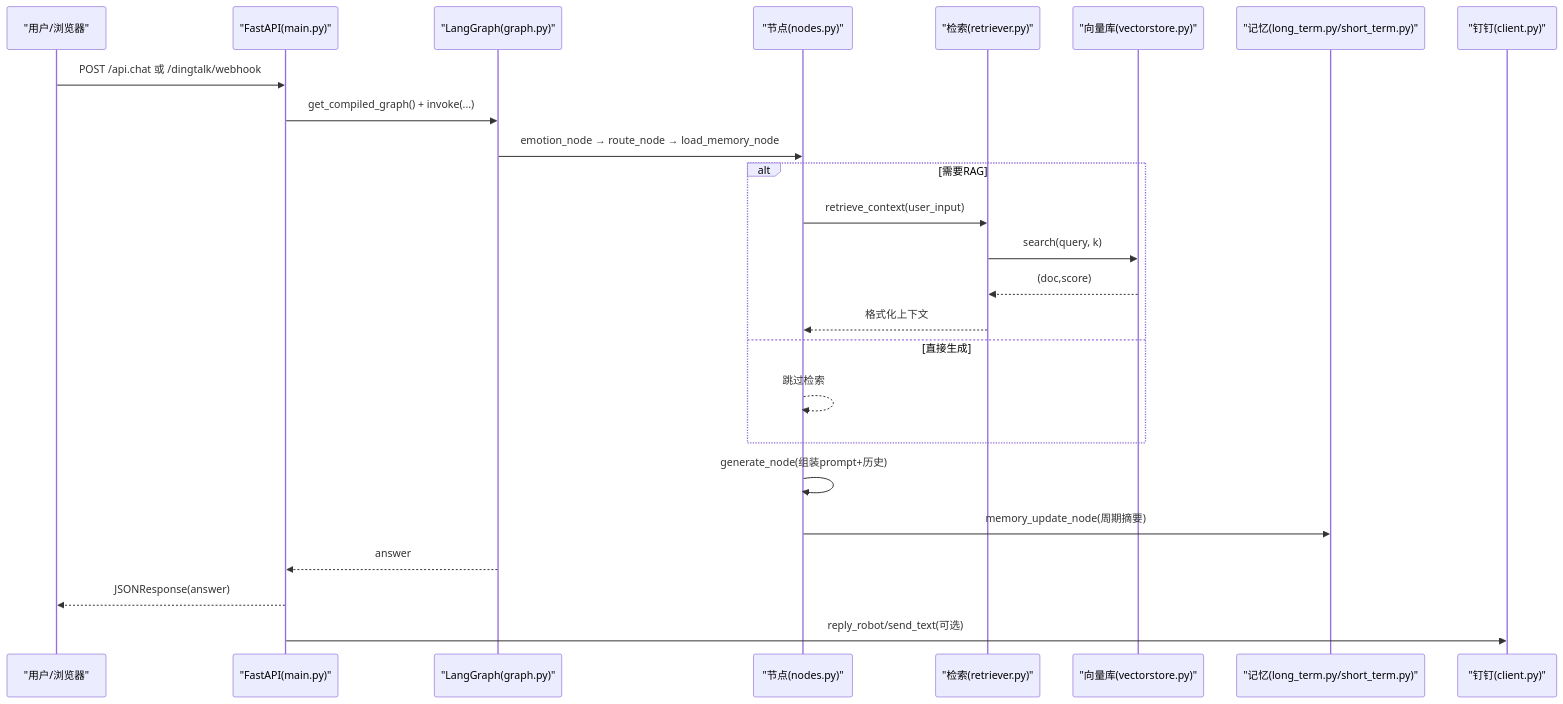
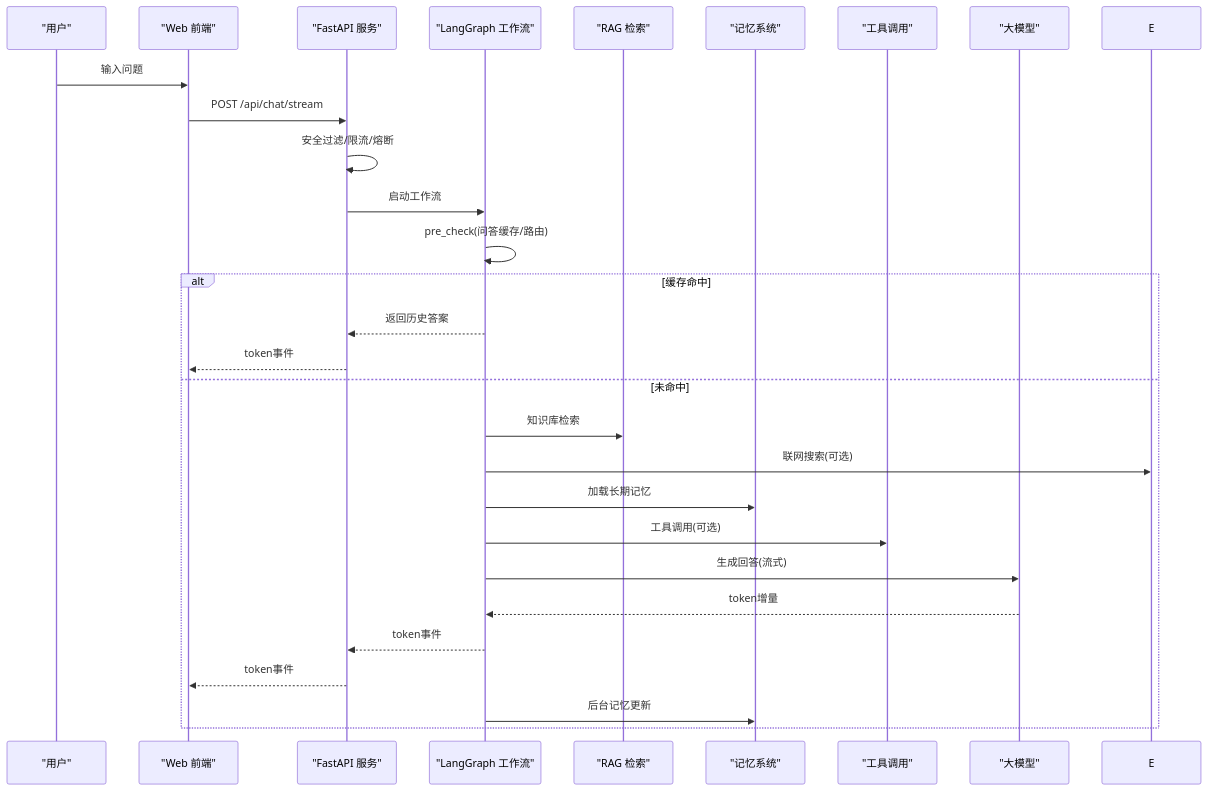
One commit to Cecil09312/DingDingAIAssistant changed the second of 7 diagrams in .qoder/repowiki/zh/content/项目概述.md. Above: the diagram before and after it, drawn with Mermaid. The commit also changed other lines of this file and 81 other files, not shown here.

````diff
--- a/.qoder/repowiki/zh/content/项目概述.md
+++ b/.qoder/repowiki/zh/content/项目概述.md
@@ -120,27 +88,30 @@
 ```mermaid
 sequenceDiagram
-participant U as "用户/浏览器"
-participant F as "FastAPI(main.py)"
-participant G as "LangGraph(graph.py)"
-participant N as "节点(nodes.py)"
-participant R as "检索(retriever.py)"
-participant V as "向量库(vectorstore.py)"
-participant M as "记忆(long_term.py/short_term.py)"
-participant D as "钉钉(client.py)"
-U->>F : POST /api.chat 或 /dingtalk/webhook
-F->>G : get_compiled_graph() + invoke(...)
-G->>N : emotion_node → route_node → load_memory_node
-alt 需要RAG
-N->>R : retrieve_context(user_input)
-R->>V : search(query, k)
-V-->>R : (doc,score)
-R-->>N : 格式化上下文
-else 直接生成
-N-->>N : 跳过检索
+participant U as "用户"
+participant W as "Web 前端"
+participant S as "FastAPI 服务"
+participant G as "LangGraph 工作流"
+participant R as "RAG 检索"
+participant M as "记忆系统"
+participant T as "工具调用"
+participant L as "大模型"
+U->>W : 输入问题
+W->>S : POST /api/chat/stream
+S->>S : 安全过滤/限流/熔断
+S->>G : 启动工作流
+G->>G : pre_check(问答缓存/路由)
+alt 缓存命中
+G-->>S : 返回历史答案
+S-->>W : token事件
+else 未命中
+G->>R : 知识库检索
+G->>E : 联网搜索(可选)
+G->>M : 加载长期记忆
+G->>T : 工具调用(可选)
+G->>L : 生成回答(流式)
+L-->>G : token增量
+G-->>S : token事件
+S-->>W : token事件
+G->>M : 后台记忆更新
 end
-N->>N : generate_node(组装prompt+历史)
-N->>M : memory_update_node(周期摘要)
-G-->>F : answer
-F-->>U : JSONResponse(answer)
-F->>D : reply_robot/send_text(可选)
 ```
````
